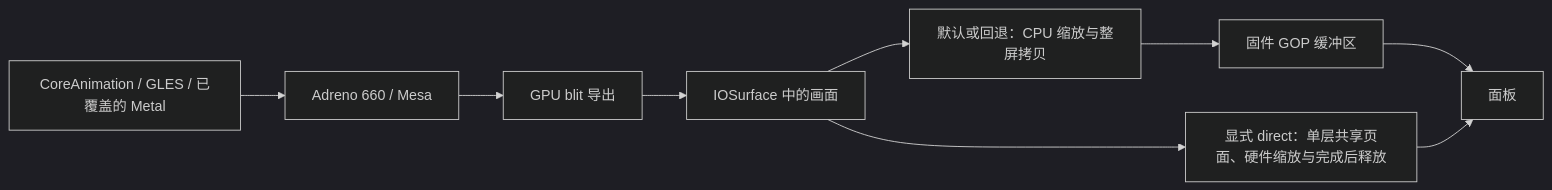
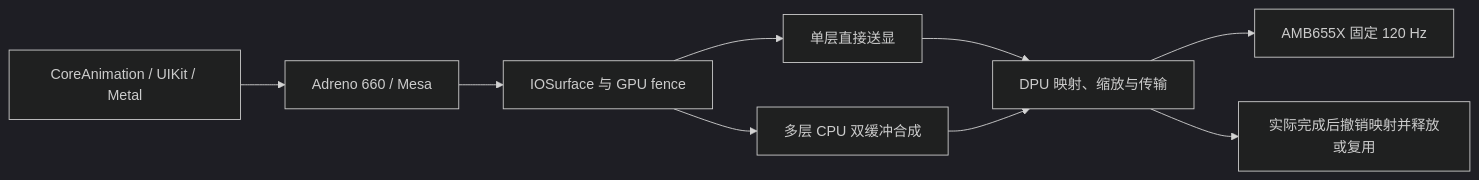
The diagram in docs/LEMONADE.md (b1ackm4x/hackios-xnu-kernel), drawn with Mermaid (dark theme) before and after one commit. The commit also changed other lines of this file and 6 other files, not shown here.

Commit message:
docs: explain lemonade driver architecture and fixes

````diff
--- a/docs/LEMONADE.md
+++ b/docs/LEMONADE.md
@@ -279,11 +279,11 @@
 ```mermaid
 flowchart LR
-  CA[CoreAnimation / GLES / 已覆盖的 Metal] --> GPU[Adreno 660 / Mesa]
-  GPU --> Blit[GPU blit 导出]
-  Blit --> IOS[IOSurface 中的画面]
-  IOS --> CPU[默认或回退：CPU 缩放与整屏拷贝]
-  CPU --> GOP[固件 GOP 缓冲区]
-  GOP --> Panel[面板]
-  IOS --> DPU[显式 direct：单层共享页面、硬件缩放与完成后释放]
-  DPU --> Panel
+  CA[CoreAnimation / UIKit / Metal] --> GPU[Adreno 660 / Mesa]
+  GPU --> IOS[IOSurface 与 GPU fence]
+  IOS --> Single[单层直接送显]
+  IOS --> Multi[多层 CPU 双缓冲合成]
+  Single --> DPU[DPU 映射、缩放与传输]
+  Multi --> DPU
+  DPU --> Panel[AMB655X 固定 120 Hz]
+  DPU --> Retire[实际完成后撤销映射并释放或复用]
 ```
````
